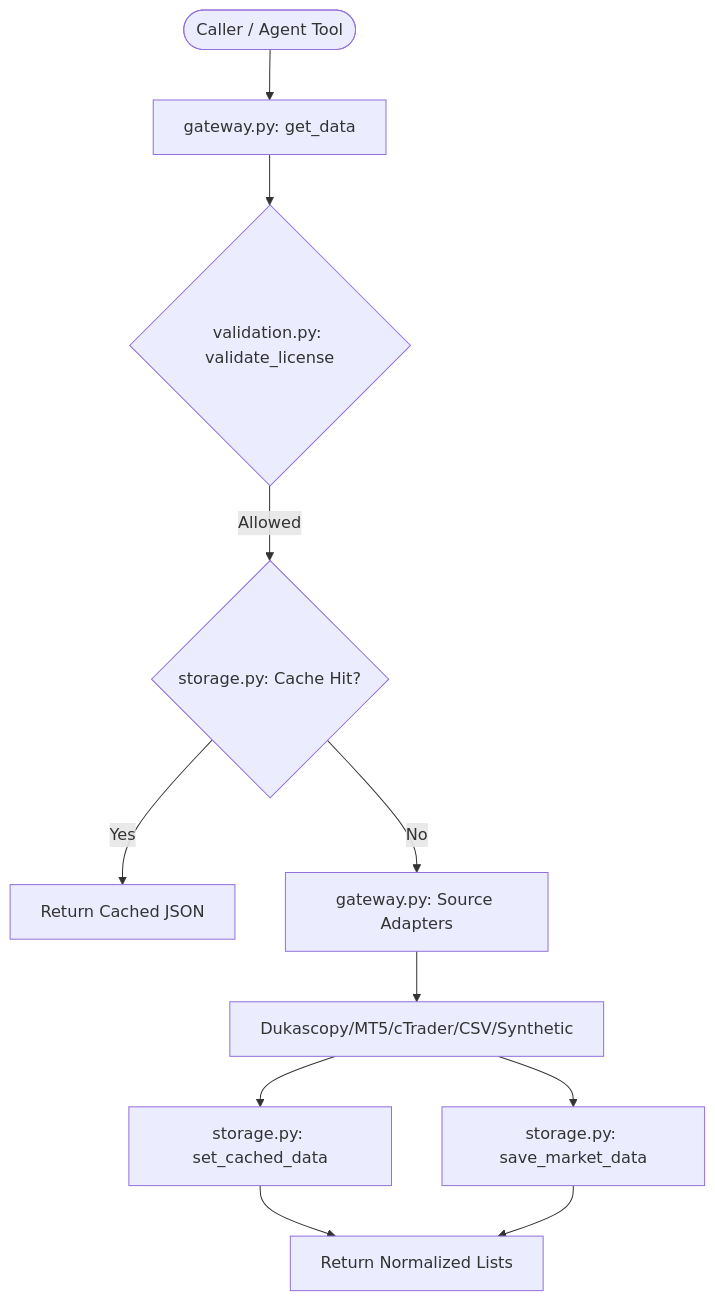
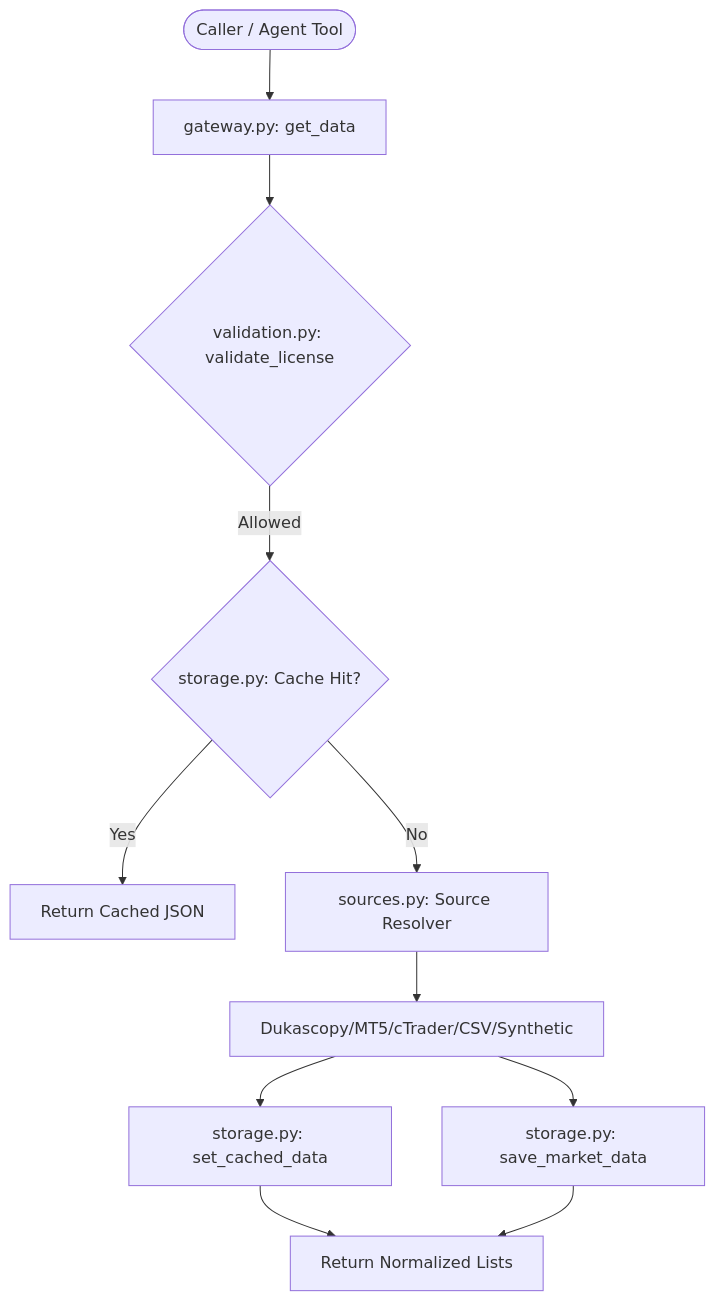
One commit to haruperi/HaruQuantAI changed the diagram in app/services/data/README.md. Above: the diagram before and after it, drawn with Mermaid. The commit also changed other lines of this file and 105 other files, not shown here.

````diff
--- a/app/services/data/README.md
+++ b/app/services/data/README.md
@@ -11,13 +11,13 @@
 ```mermaid
 graph TD
     User([Caller / Agent Tool]) --> Gateway[gateway.py: get_data]
     Gateway --> LicenseCheck{validation.py: validate_license}
     LicenseCheck -- Allowed --> CacheCheck{storage.py: Cache Hit?}
     CacheCheck -- Yes --> ReturnCache[Return Cached JSON]
-    CacheCheck -- No --> Adapter[gateway.py: Source Adapters]
+    CacheCheck -- No --> Adapter[sources.py: Source Resolver]
     Adapter --> SourceFetch[Dukascopy/MT5/cTrader/CSV/Synthetic]
     SourceFetch --> SaveCache[storage.py: set_cached_data]
     SourceFetch --> SaveDB[storage.py: save_market_data]
     SaveCache --> ReturnData[Return Normalized Lists]
     SaveDB --> ReturnData
 ```
````
